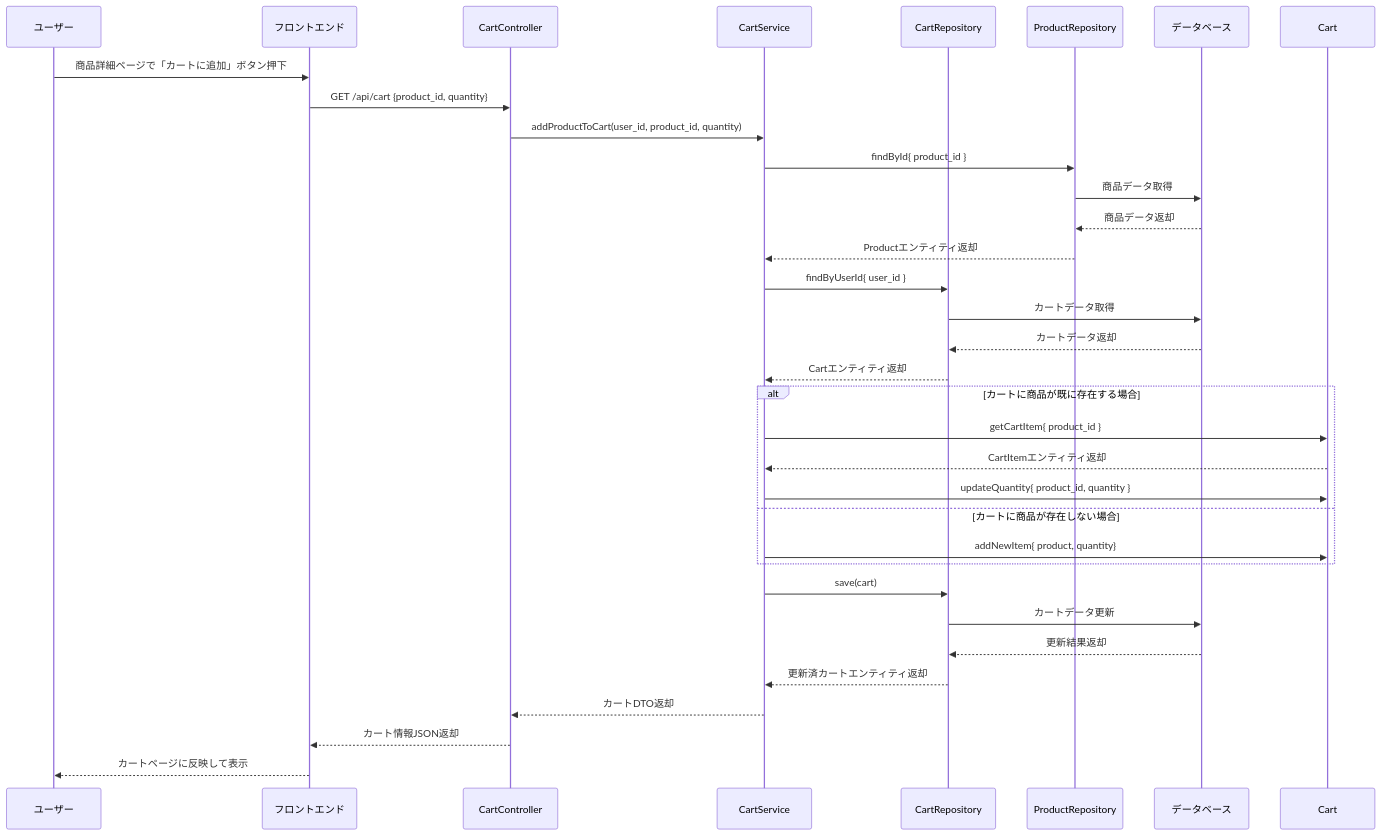
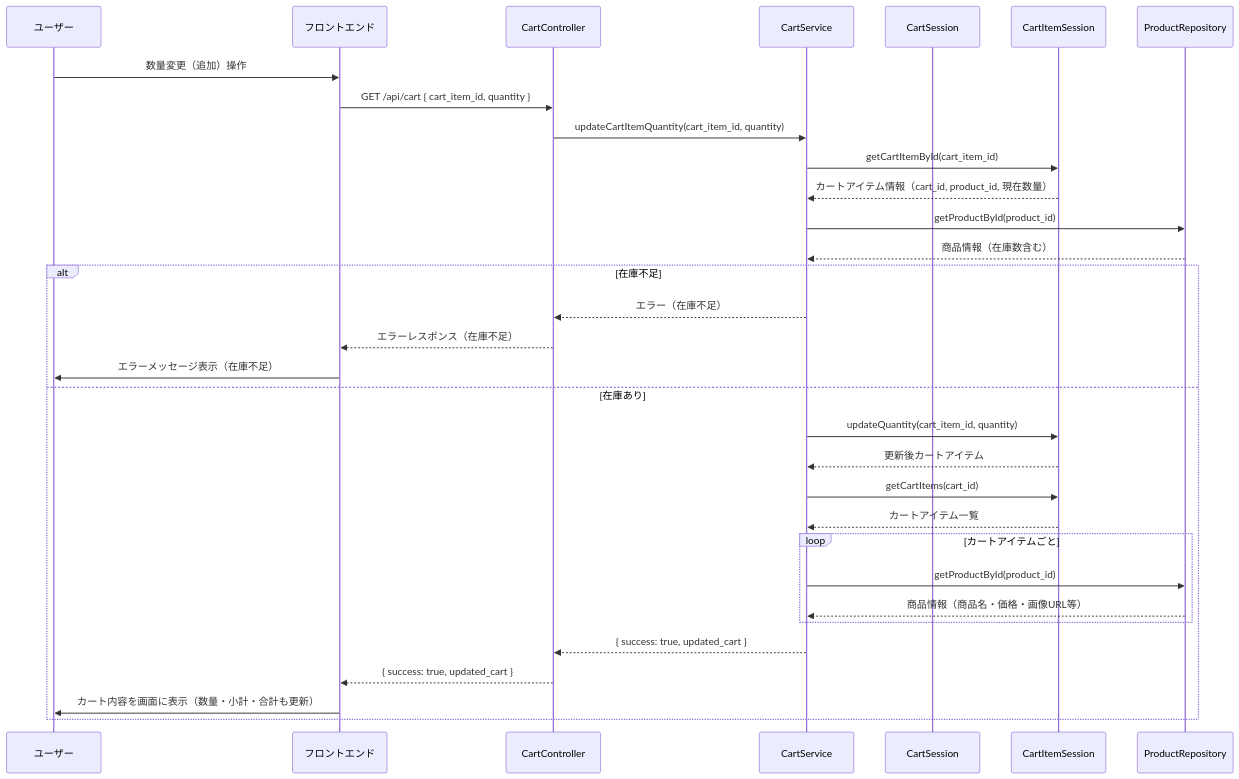
One commit to Aoi-Yaegashi/teamF changed the seventh of 47 diagrams in 詳細設計/提出用/詳細設計書.md. Above: the diagram before and after it, drawn with Mermaid. The commit also changed other lines of this file, not shown here.

```diff
--- a/詳細設計/提出用/詳細設計書.md
+++ b/詳細設計/提出用/詳細設計書.md
@@ -529,36 +654,57 @@
 <div class="mermaid">
 sequenceDiagram
     participant User as ユーザー
-    participant Browser as フロントエンド
-    participant CartController as CartController
-    participant CartService as CartService
-    participant CartRepo as CartRepository
-    participant ProductRepo as ProductRepository
-    participant DB as データベース
+    participant FE as フロントエンド
+    participant CartC as CartController
+    participant CartS as CartService
+    participant CartRepo as CartSession
+    participant CartItemRepo as CartItemSession
+    participant ProdRepo as ProductRepository
 
-    User->>Browser: 商品詳細ページで「カートに追加」ボタン押下
-    Browser->>CartController: GET /api/cart {product_id, quantity}
-    CartController->>CartService: addProductToCart(user_id, product_id, quantity)
-    CartService->>ProductRepo: findById{ product_id }
-    ProductRepo->>DB: 商品データ取得
-    DB-->>ProductRepo: 商品データ返却
-    ProductRepo-->>CartService: Productエンティティ返却
-    CartService->>CartRepo: findByUserId{ user_id }
-    CartRepo->>DB: カートデータ取得
-    DB-->>CartRepo: カートデータ返却
-    CartRepo-->>CartService: Cartエンティティ返却
-    alt カートに商品が既に存在する場合
-        CartService->>Cart: getCartItem{ product_id }
-        Cart-->>CartService: CartItemエンティティ返却
-        CartService->>Cart: updateQuantity{ product_id, quantity }
-    else カートに商品が存在しない場合
-        CartService->>Cart: addNewItem{ product, quantity}
+    %% 1. ユーザーがカート画面で数量入力欄を編集し「更新」ボタンを押す
+    User->>FE: 数量変更（追加）操作
+
+    %% 2. フロントエンドがAPI呼び出し
+    FE->>CartC: GET /api/cart { cart_item_id, quantity }
+
+    %% 3. コントローラがサービスに処理を依頼
+    CartC->>CartS: updateCartItemQuantity(cart_item_id, quantity)
+
+    %% 4. サービスがカートアイテムを取得
+    CartS->>CartItemRepo: getCartItemById(cart_item_id)
+    CartItemRepo-->>CartS: カートアイテム情報（cart_id, product_id, 現在数量）
+
+    %% 5. サービスが商品情報を取得（在庫チェックのため）
+    CartS->>ProdRepo: getProductById(product_id)
+    ProdRepo-->>CartS: 商品情報（在庫数含む）
+
+    %% 6. サービスが在庫チェック
+    alt 在庫不足
+        CartS-->>CartC: エラー（在庫不足）
+        CartC-->>FE: エラーレスポンス（在庫不足）
+        FE->>User: エラーメッセージ表示（在庫不足）
+    else 在庫あり
+        %% 7. サービスがカートアイテムの数量を更新
+        CartS->>CartItemRepo: updateQuantity(cart_item_id, quantity)
+        CartItemRepo-->>CartS: 更新後カートアイテム
+
+        %% 8. サービスが最新カート内容を取得
+        CartS->>CartItemRepo: getCartItems(cart_id)
+        CartItemRepo-->>CartS: カートアイテム一覧
+
+        %% 9. サービスが各カートアイテムの商品情報を取得し小計・合計を計算
+        loop カートアイテムごと
+            CartS->>ProdRepo: getProductById(product_id)
+            ProdRepo-->>CartS: 商品情報（商品名・価格・画像URL等）
+        end
+
+        %% 10. サービスがコントローラに返却
+        CartS-->>CartC: { success: true, updated_cart }
+
+        %% 11. コントローラがフロントエンドにレスポンス
+        CartC-->>FE: { success: true, updated_cart }
+
+        %% 12. フロントエンドが画面に反映
+        FE->>User: カート内容を画面に表示（数量・小計・合計も更新）
     end
-    CartService->>CartRepo: save(cart)
-    CartRepo->>DB: カートデータ更新
-    DB-->>CartRepo: 更新結果返却
-    CartRepo-->>CartService: 更新済カートエンティティ返却
-    CartService-->>CartController: カートDTO返却
-    CartController-->>Browser: カート情報JSON返却
-    Browser-->>User: カートページに反映して表示
 </div>
```
